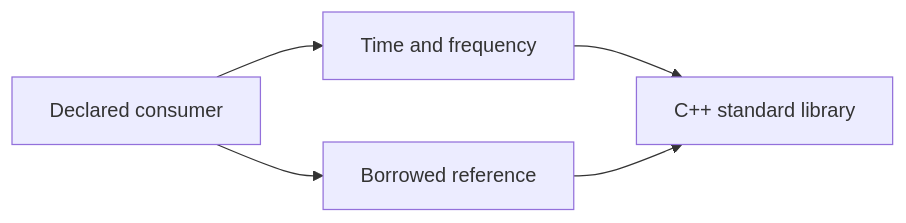
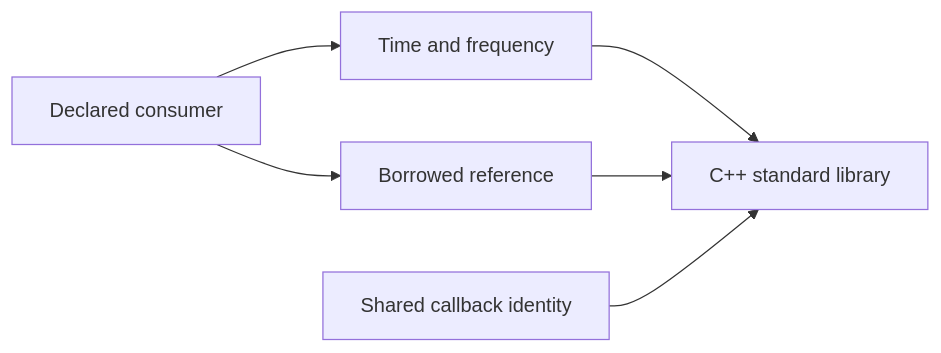
The diagram in src/foundation/README.md (Vokerlee/wiola-player), drawn with Mermaid before and after one commit. The commit also changed other lines of this file and 14 other files, not shown here.

````diff
--- a/src/foundation/README.md
+++ b/src/foundation/README.md
@@ -5,7 +5,8 @@
 ```mermaid
 flowchart LR
   Consumer[Declared consumer] --> Borrowed[Borrowed reference]
   Consumer --> Quantities[Time and frequency]
   Quantities --> Standard[C++ standard library]
   Borrowed --> Standard[C++ standard library]
+  Callback[Shared callback identity] --> Standard
 ```
````
